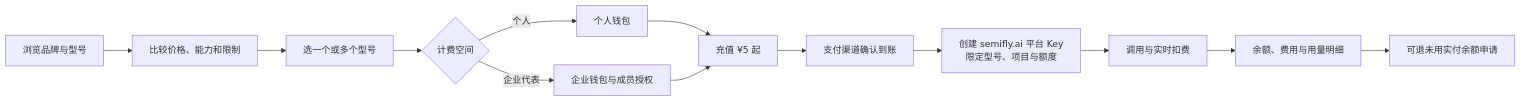
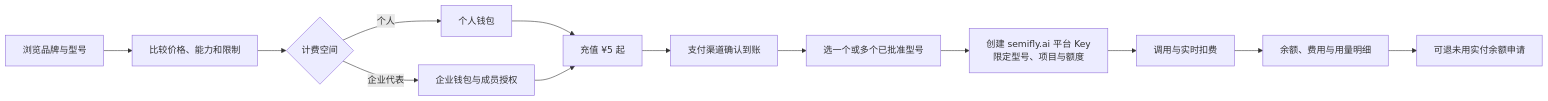
The second of 2 diagrams in docs/phase-1/17-supply-to-customer-blueprint.md (niuroumiantt/oneapi), drawn with Mermaid before and after one commit. The commit also changed other lines of this file and 5 other files, not shown here.

Commit message:
Align model handoff and recharge-first customer flow

````diff
--- a/docs/phase-1/17-supply-to-customer-blueprint.md
+++ b/docs/phase-1/17-supply-to-customer-blueprint.md
@@ -58,15 +58,15 @@
 ```mermaid
 flowchart LR
   A[浏览品牌与型号] --> B[比较价格、能力和限制]
-  B --> C[选一个或多个型号]
-  C --> D{计费空间}
+  B --> D{计费空间}
   D -->|个人| E[个人钱包]
   D -->|企业代表| F[企业钱包与成员授权]
   E --> G[充值 ¥5 起]
   F --> G
   G --> H[支付渠道确认到账]
-  H --> I[创建 semifly.ai 平台 Key<br/>限定型号、项目与额度]
+  H --> C[选一个或多个已批准型号]
+  C --> I[创建 semifly.ai 平台 Key<br/>限定型号、项目与额度]
   I --> J[调用与实时扣费]
   J --> K[余额、费用与用量明细]
   K --> L[可退未用实付余额申请]
 ```
````
